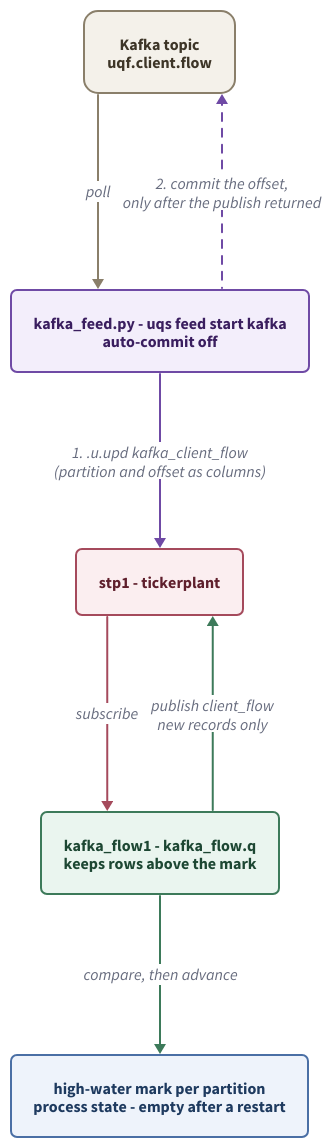
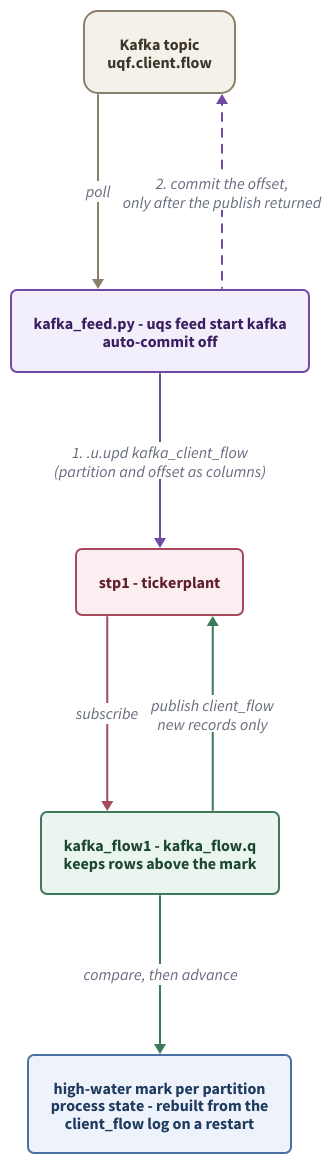
The diagram in docs/diagrams/kafka.d2 (kwojdalski/uqf), drawn with D2 before and after one commit. The commit also changed 20 other files, not shown here.

First line of the commit message:
Docs: bring the d2 diagrams up to date with the 2026-10-12/13 merges (#1257)

```diff
--- a/docs/diagrams/kafka.d2
+++ b/docs/diagrams/kafka.d2
@@ -1,47 +1,47 @@
 # kafka.d2 - client flow off a Kafka topic: a Python consumer and kafka_flow1.
 #
 # Rendered by scripts/generate/render_diagrams.py, which CI runs with
 # --check. Embedded from docs/services/kafka.md.
 #
 # WHAT THIS DIAGRAM IS FOR. The ORDER of two steps, and why neither half is
 # correct alone: the consumer publishes and only then commits the offset, so a
 # crash in between redelivers rather than loses; kafka_flow1 then drops what
 # was redelivered by comparing (partition;offset) with a per-partition
 # high-water mark. The numbered labels carry the ordering. The mark is the
-# job's own process state, which is why a restart forgets it - drawn as its
-# own box so that limit is visible.
+# job's own process state, rebuilt on a restart from the client_flow rows in the
+# log - drawn as its own box so that is visible.
 
 direction: down
 
 vars: {
   d2-config: {
     layout-engine: elk
     pad: 40
   }
 }
 
 # The service diagrams' palette (fx-positions-service.d2, markouts.d2), so
 # the set reads as one system: light fills with dark text in both themes.
 classes: {
   ext: {style: {fill: "#f4f1ea"; stroke: "#8a7f6a"; font-color: "#3d3527"; border-radius: 14}}
   py: {style: {fill: "#f3eefb"; stroke: "#6f4aa5"; font-color: "#3a1e5f"; border-radius: 6}}
   feed: {style: {fill: "#f6f0e6"; stroke: "#a8762f"; font-color: "#5c3f13"; border-radius: 6}}
   job: {style: {fill: "#eaf5ef"; stroke: "#3d7a5a"; font-color: "#1d4733"; border-radius: 6}}
   plant: {style: {fill: "#fbeef0"; stroke: "#a54a5c"; font-color: "#5f1f2c"; border-radius: 6}}
   table: {style: {fill: "#eef3fb"; stroke: "#4a6fa5"; font-color: "#1e3a5f"; border-radius: 6}}
   store: {style: {fill: "#eef1f4"; stroke: "#5a6a78"; font-color: "#25323d"; border-radius: 6}}
   band: {label.near: top-left; style: {fill: "#fbfcfd"; stroke: "#c3c9cf"; font-color: "#25323d"; stroke-width: 2; border-radius: 10; font-size: 18}}
 }
 
 broker: "Kafka topic\nuqf.client.flow" { class: ext }
 consumer: "kafka_feed.py - uqs feed start kafka\nauto-commit off" { class: py }
 stp1: "stp1 - tickerplant" { class: plant }
 flow: "kafka_flow1 - kafka_flow.q\nkeeps rows above the mark" { class: job }
-mark: "high-water mark per partition\nprocess state - empty after a restart" { class: table }
+mark: "high-water mark per partition\nprocess state - rebuilt from the\nclient_flow log on a restart" { class: table }
 
 broker -> consumer: "poll" { style.stroke: "#8a7f6a" }
 consumer -> stp1: "1. .u.upd kafka_client_flow\n(partition and offset as columns)" { style.stroke: "#6f4aa5" }
 broker <- consumer: "2. commit the offset,\nonly after the publish returned" { style.stroke: "#6f4aa5"; style.stroke-dash: 4 }
 stp1 -> flow: "subscribe" { style.stroke: "#a54a5c" }
 flow -> mark: "compare, then advance" { style.stroke: "#3d7a5a" }
 stp1 <- flow: "publish client_flow\nnew records only" { style.stroke: "#3d7a5a" }
```
